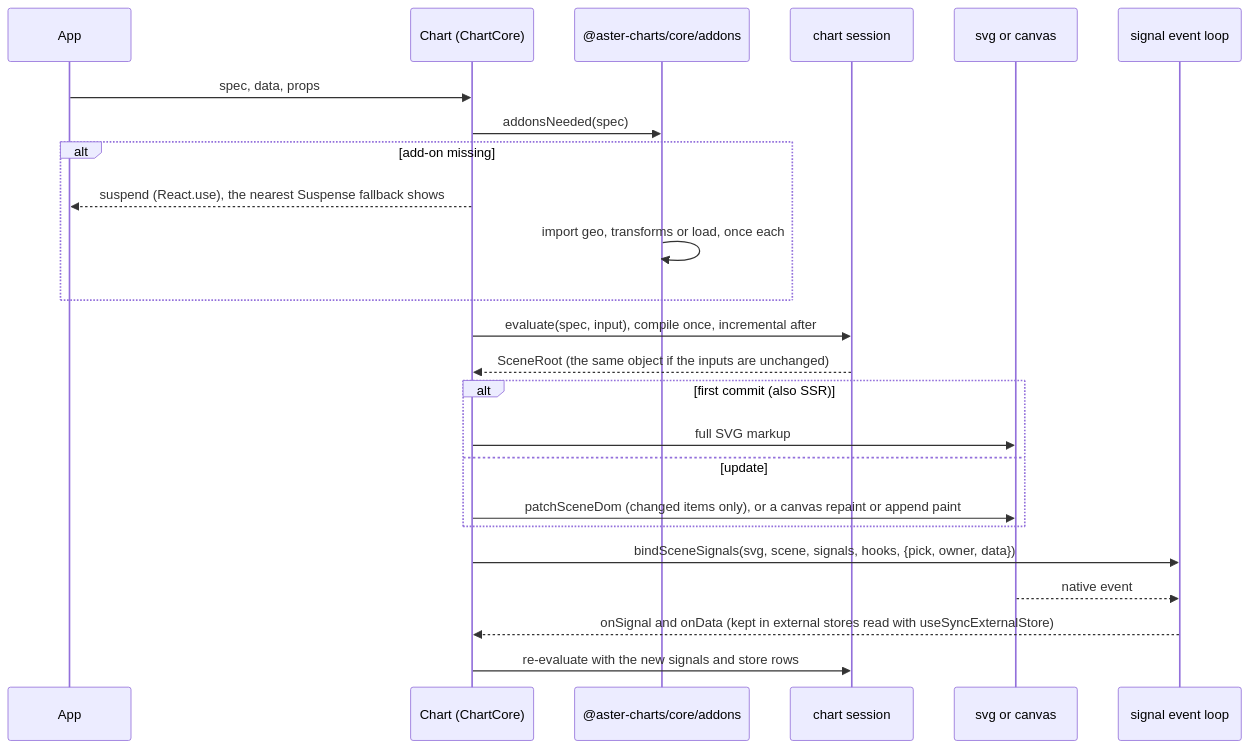
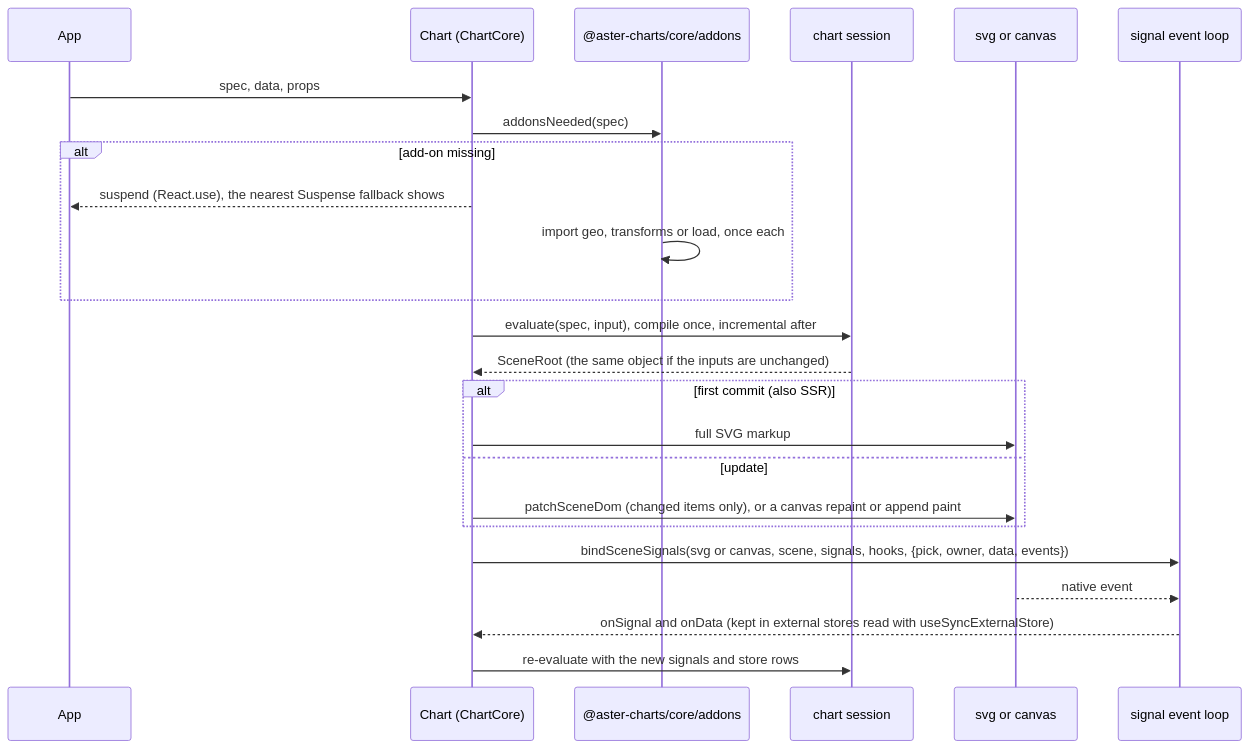
Before and after one commit to mgilbir/aster-react: the third of 3 diagrams in docs/ARCHITECTURE.md, drawn with Mermaid. The commit also changed other lines of this file and 6 other files, not shown here.

````diff
--- a/docs/ARCHITECTURE.md
+++ b/docs/ARCHITECTURE.md
@@ -308,26 +308,26 @@
 ```mermaid
 sequenceDiagram
   participant App
   participant Chart as Chart (ChartCore)
   participant Addons as @aster-charts/core/addons
   participant Session as chart session
   participant DOM as svg or canvas
   participant EvLoop as signal event loop
   App->>Chart: spec, data, props
   Chart->>Addons: addonsNeeded(spec)
   alt add-on missing
     Chart-->>App: suspend (React.use), the nearest Suspense fallback shows
     Addons->>Addons: import geo, transforms or load, once each
   end
   Chart->>Session: evaluate(spec, input), compile once, incremental after
   Session-->>Chart: SceneRoot (the same object if the inputs are unchanged)
   alt first commit (also SSR)
     Chart->>DOM: full SVG markup
   else update
     Chart->>DOM: patchSceneDom (changed items only), or a canvas repaint or append paint
   end
-  Chart->>EvLoop: bindSceneSignals(svg, scene, signals, hooks, {pick, owner, data})
+  Chart->>EvLoop: bindSceneSignals(svg or canvas, scene, signals, hooks, {pick, owner, data, events})
   DOM-->>EvLoop: native event
   EvLoop-->>Chart: onSignal and onData (kept in external stores read with useSyncExternalStore)
   Chart->>Session: re-evaluate with the new signals and store rows
 ```
````
